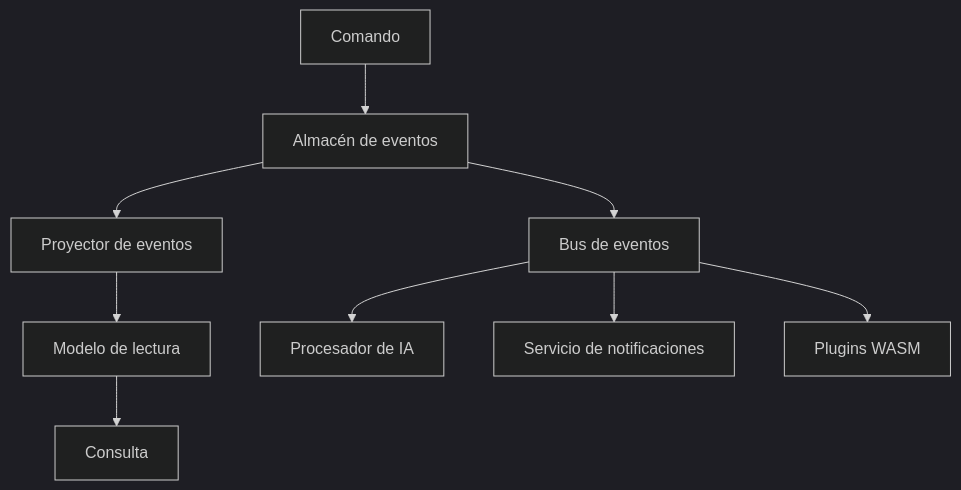
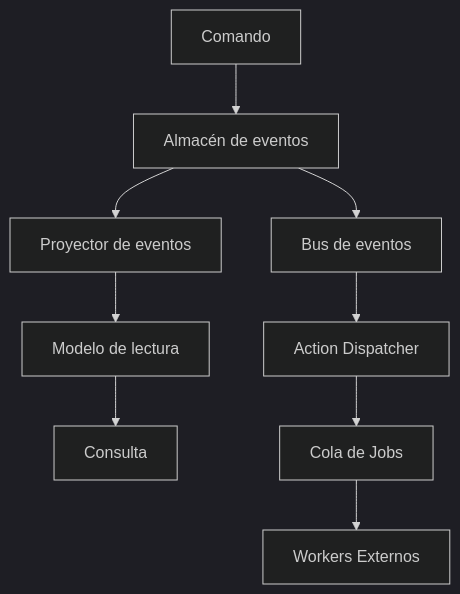
The diagram in README.es.md (atomo-cc/atomo), drawn with Mermaid (dark theme) before and after one commit. The commit also changed other lines of this file and 32 other files, not shown here.

First line of the commit message:
feat: implement Phase 1 action system and replace WASM docs with actions/workers

````diff
--- a/README.es.md
+++ b/README.es.md
@@ -120,12 +120,12 @@
 ```mermaid
 graph TD
     A[Comando] --> B[Almacén de eventos]
     B --> C[Proyector de eventos]
     C --> D[Modelo de lectura]
     D --> E[Consulta]
 
     B --> F[Bus de eventos]
-    F --> G[Procesador de IA]
-    F --> H[Servicio de notificaciones]
-    F --> I[Plugins WASM]
+    F --> G[Action Dispatcher]
+    G --> H[Cola de Jobs]
+    H --> I[Workers Externos]
 ```
````
